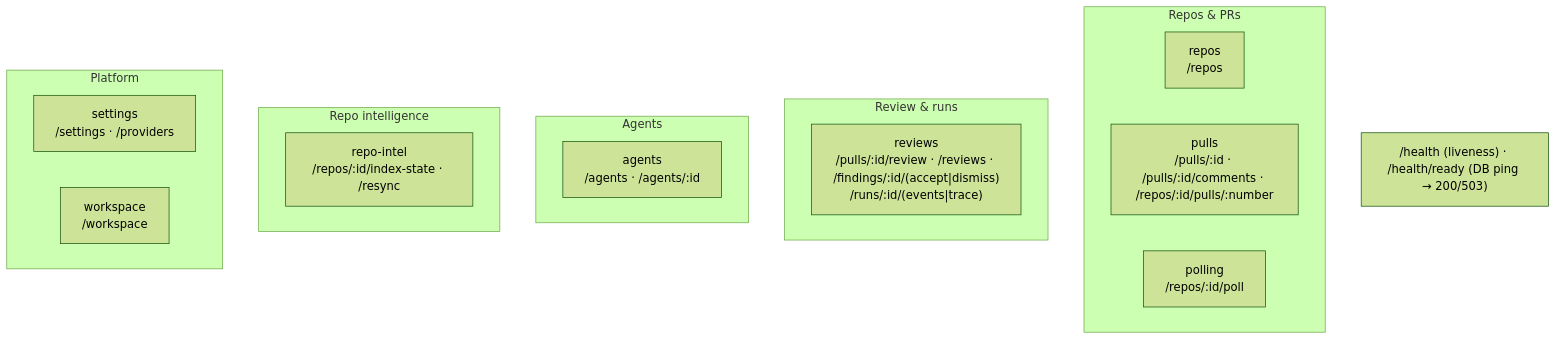
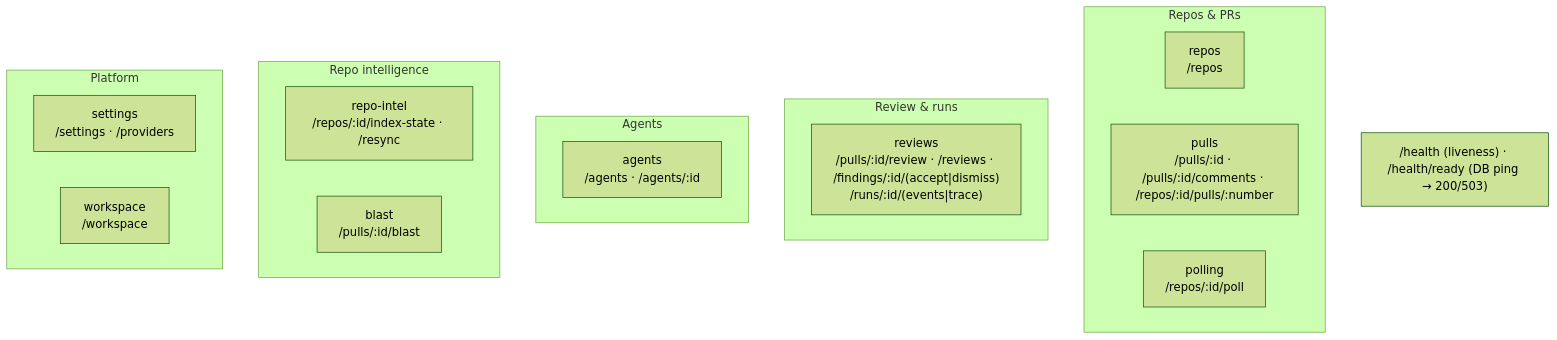
One commit to dmytrobereznii/dev-digest changed the second of 2 diagrams in server/README.md. Above: the diagram before and after it, drawn with Mermaid (forest theme). The commit also changed 11 other files, not shown here.

First line of the commit message:
feat(blast): serve a PR's blast radius at GET /pulls/:id/blast

````diff
--- a/server/README.md
+++ b/server/README.md
@@ -64,22 +64,23 @@
 ```mermaid
 flowchart TB
   subgraph Repos_PRs["Repos & PRs"]
     repos["repos<br/>/repos"]
     pulls["pulls<br/>/pulls/:id · /pulls/:id/comments · /repos/:id/pulls/:number"]
     polling["polling<br/>/repos/:id/poll"]
   end
   subgraph Review["Review & runs"]
     reviews["reviews<br/>/pulls/:id/review · /reviews · /findings/:id/(accept|dismiss)<br/>/runs/:id/(events|trace)"]
   end
   subgraph Agents["Agents"]
     agents["agents<br/>/agents · /agents/:id"]
   end
   subgraph Intel["Repo intelligence"]
     repoIntel["repo-intel<br/>/repos/:id/index-state · /resync"]
+    blast["blast<br/>/pulls/:id/blast"]
   end
   subgraph Platform["Platform"]
     settings["settings<br/>/settings · /providers"]
     workspace["workspace<br/>/workspace"]
   end
   HEALTH["/health (liveness) · /health/ready (DB ping → 200/503)"]
 ```
````
